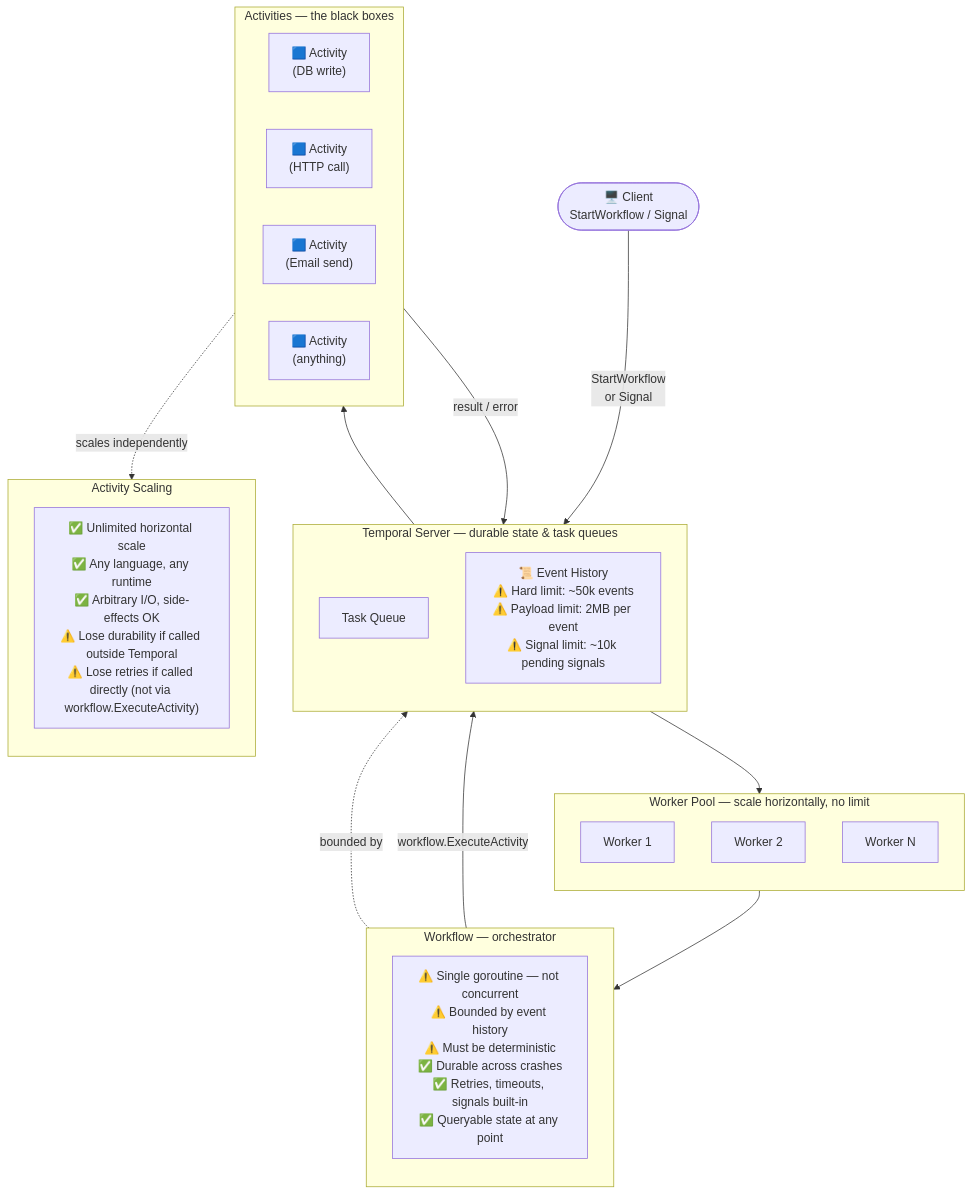
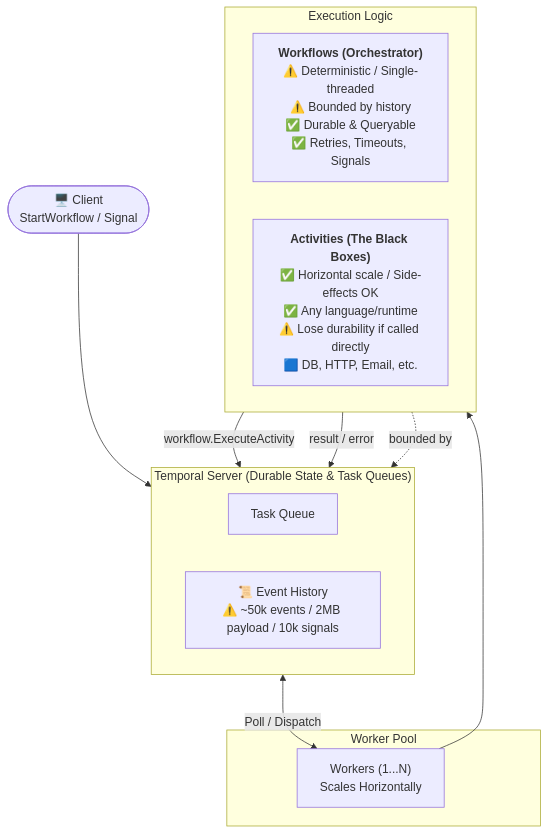
The fourth of 4 diagrams in internal/temporal/temporal-orchestration.md (romangurevitch/GoTraining), drawn with Mermaid before and after one commit.

Commit message:
docs(temporal): restructure architecture diagram for compactness and accuracy

````diff
--- a/internal/temporal/temporal-orchestration.md
+++ b/internal/temporal/temporal-orchestration.md
@@ -89,44 +89,26 @@
 ```mermaid
-graph TB
-    Client(["🖥️ Client\nStartWorkflow / Signal"])
+flowchart TD
+    Client(["🖥️ Client<br/>StartWorkflow / Signal"]) --> TS
 
-    subgraph TS["Temporal Server  —  durable state & task queues"]
-        direction TB
+    subgraph TS["Temporal Server (Durable State & Task Queues)"]
+        direction LR
         TQ["Task Queue"]
-        EH["📜 Event History\n⚠️ Hard limit: ~50k events\n⚠️ Payload limit: 2MB per event\n⚠️ Signal limit: ~10k pending signals"]
+        EH["📜 Event History<br/>⚠️ ~50k events / 2MB payload / 10k signals"]
     end
 
-    subgraph WP["Worker Pool  —  scale horizontally, no limit"]
-        direction TB
-        W1["Worker 1"]
-        W2["Worker 2"]
-        W3["Worker N"]
+    subgraph WP["Worker Pool"]
+        Workers["Workers (1...N)<br/>Scales Horizontally"]
     end
 
-    subgraph WF["Workflow  —  orchestrator"]
-        direction TB
-        WFN["⚠️ Single goroutine — not concurrent\n⚠️ Bounded by event history\n⚠️ Must be deterministic\n✅ Durable across crashes\n✅ Retries, timeouts, signals built-in\n✅ Queryable state at any point"]
+    subgraph Logic["Execution Logic"]
+        direction LR
+        WF["<b>Workflows (Orchestrator)</b><br/>⚠️ Deterministic / Single-threaded<br/>⚠️ Bounded by history<br/>✅ Durable & Queryable<br/>✅ Retries, Timeouts, Signals"]
+        ACT["<b>Activities (The Black Boxes)</b><br/>✅ Horizontal scale / Side-effects OK<br/>✅ Any language/runtime<br/>⚠️ Lose durability if called directly<br/>🟦 DB, HTTP, Email, etc."]
     end
 
-    subgraph ACT["Activities  —  the black boxes"]
-        direction LR
-        A1["🟦 Activity\n(DB write)"]
-        A2["🟦 Activity\n(HTTP call)"]
-        A3["🟦 Activity\n(Email send)"]
-        AN["🟦 Activity\n(anything)"]
-    end
-
-    subgraph ASCALE["Activity Scaling"]
-        direction TB
-        AS1["✅ Unlimited horizontal scale\n✅ Any language, any runtime\n✅ Arbitrary I/O, side-effects OK\n⚠️ Lose durability if called outside Temporal\n⚠️ Lose retries if called directly (not via workflow.ExecuteActivity)"]
-    end
-
-    Client -->|"StartWorkflow\nor Signal"| TS
-    TQ --> WP
-    WP --> WF
-    WF -->|"workflow.ExecuteActivity"| TQ
-    TQ --> ACT
-    ACT -->|"result / error"| EH
+    TS <--"Poll / Dispatch"--> Workers
+    Workers --> Logic
+    WF --"workflow.ExecuteActivity"--> TQ
+    ACT --"result / error"--> EH
     WF -.->|"bounded by"| EH
-    ACT -.->|"scales independently"| ASCALE
 ```
````
